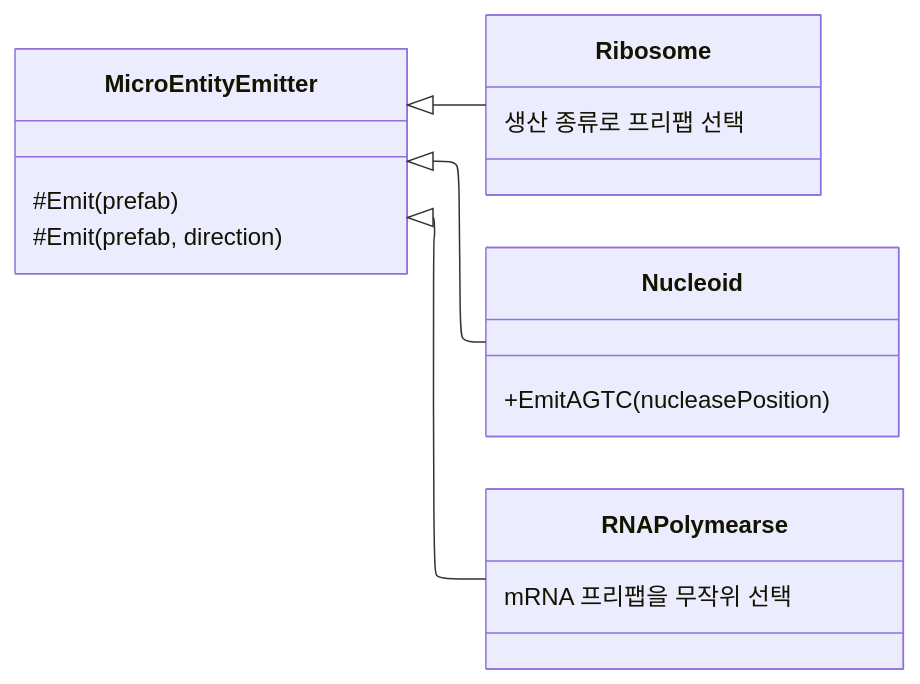
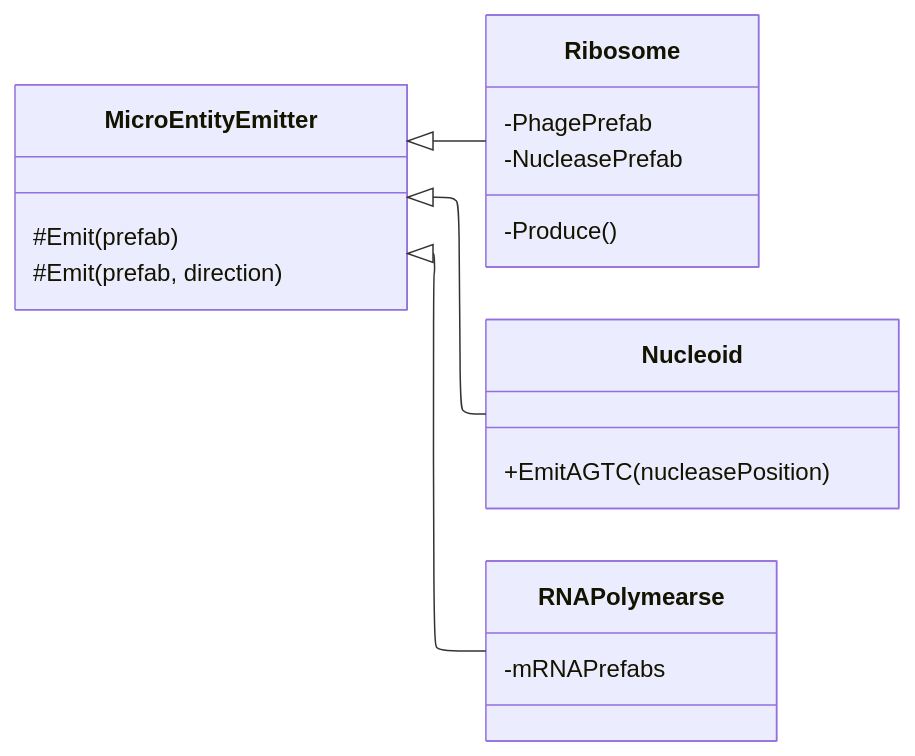
One commit to Lets-Gitit/portfolio changed the seventh of 8 diagrams in src/0-super-phage/기술 문서.md. Above: the diagram before and after it, drawn with Mermaid. The commit also changed other lines of this file, not shown here.

Commit message:
다이얼로그, 코드 순서 및 구성 개선

````diff
--- a/src/0-super-phage/기술 문서.md
+++ b/src/0-super-phage/기술 문서.md
@@ -869,24 +871,26 @@
 ```mermaid
 ---
 config:
   layout: elk
 ---
 classDiagram
     direction LR
     class MicroEntityEmitter {
         #Emit(prefab)
         #Emit(prefab, direction)
     }
     class Ribosome {
-        생산 종류로 프리팹 선택
+        -PhagePrefab
+        -NucleasePrefab
+        -Produce()
     }
     class Nucleoid {
         +EmitAGTC(nucleasePosition)
     }
     class RNAPolymearse {
-        mRNA 프리팹을 무작위 선택
+        -mRNAPrefabs
     }
     MicroEntityEmitter <|-- Ribosome
     MicroEntityEmitter <|-- Nucleoid
     MicroEntityEmitter <|-- RNAPolymearse
 ```
````
